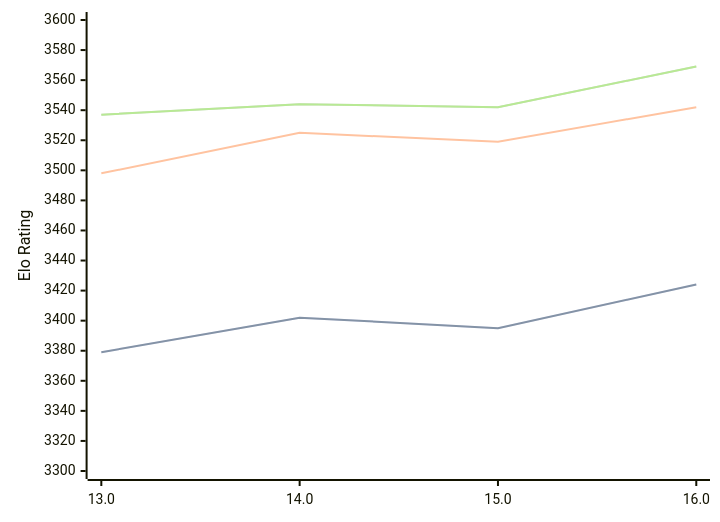
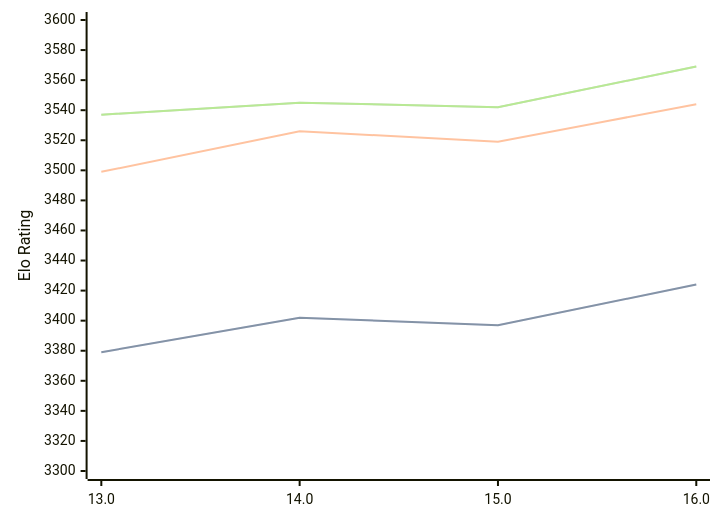
One commit to computer-chess-index/cci changed the diagram in engines/Obsidian.md. Above: the diagram before and after it, drawn with Mermaid. The commit also changed other lines of this file, not shown here.

Commit message:
Update CCI Ratings (ELO VLTC) - 2026-05-22

````diff
--- a/engines/Obsidian.md
+++ b/engines/Obsidian.md
@@ -43,11 +43,11 @@
 ```mermaid
 %%{init: {"theme":"base","themeVariables":{"seriesColors:['#a3a3a3','#222221','#faa371']}}}%%
 xychart-beta
   x-axis ["13.0", "14.0", "15.0", "16.0"]
   y-axis "Elo Rating" 3300 --> 3600
-  line "STC (8.0+0.08s)" [3379, 3402, 3395, 3424]
-  line "STC (8.0+0.08s)" [3379, 3402, 3395, 3424]
-  line "LTC (60.0+0.60s)" [3498, 3525, 3519, 3542]
-  line "VLTC (2m24s+1.12s)" [3537, 3544, 3542, 3569]
-  line "VLTC (2m24s+1.12s)" [3537, 3544, 3542, 3569]
+  line "STC (8.0+0.08s)" [3379, 3402, 3397, 3424]
+  line "STC (8.0+0.08s)" [3379, 3402, 3397, 3424]
+  line "LTC (60.0+0.60s)" [3499, 3526, 3519, 3544]
+  line "VLTC (2m24s+1.12s)" [3537, 3545, 3542, 3569]
+  line "VLTC (2m24s+1.12s)" [3537, 3545, 3542, 3569]
 ```
````
